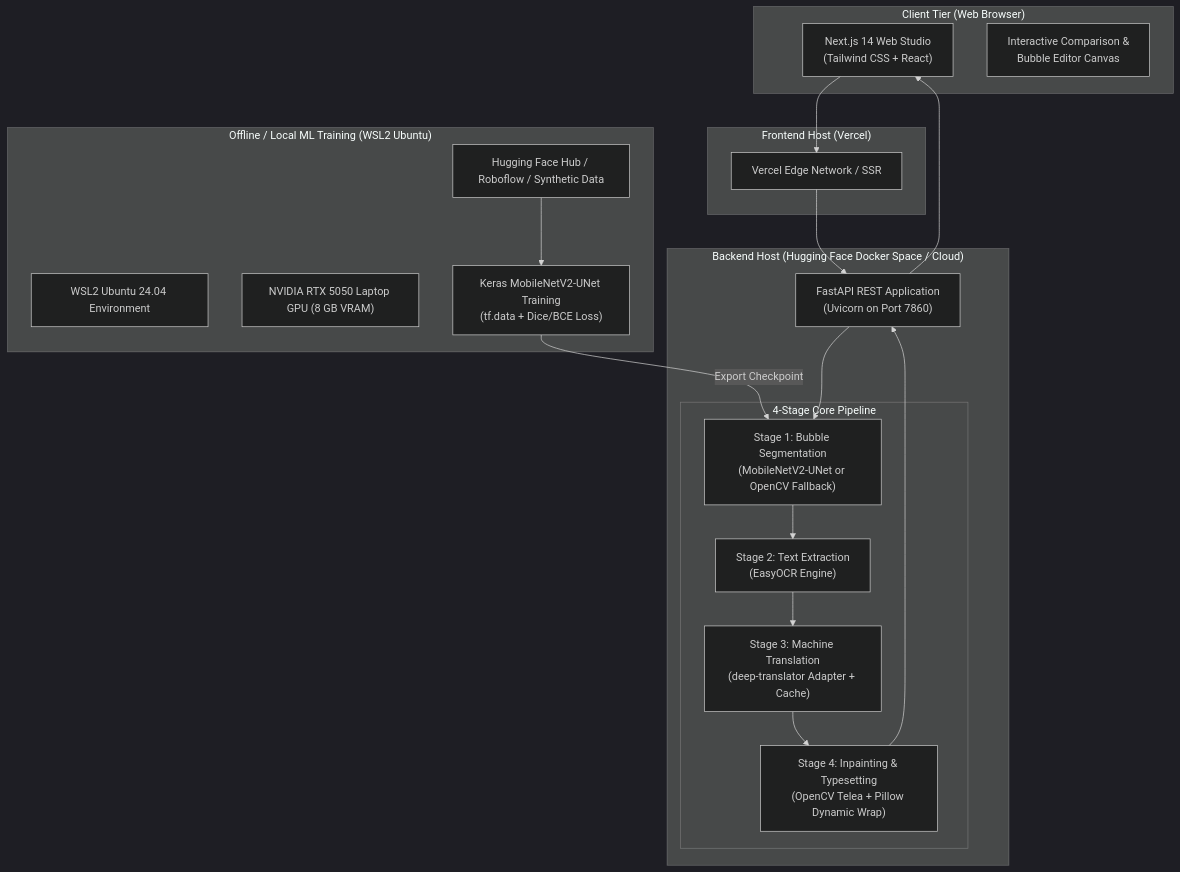
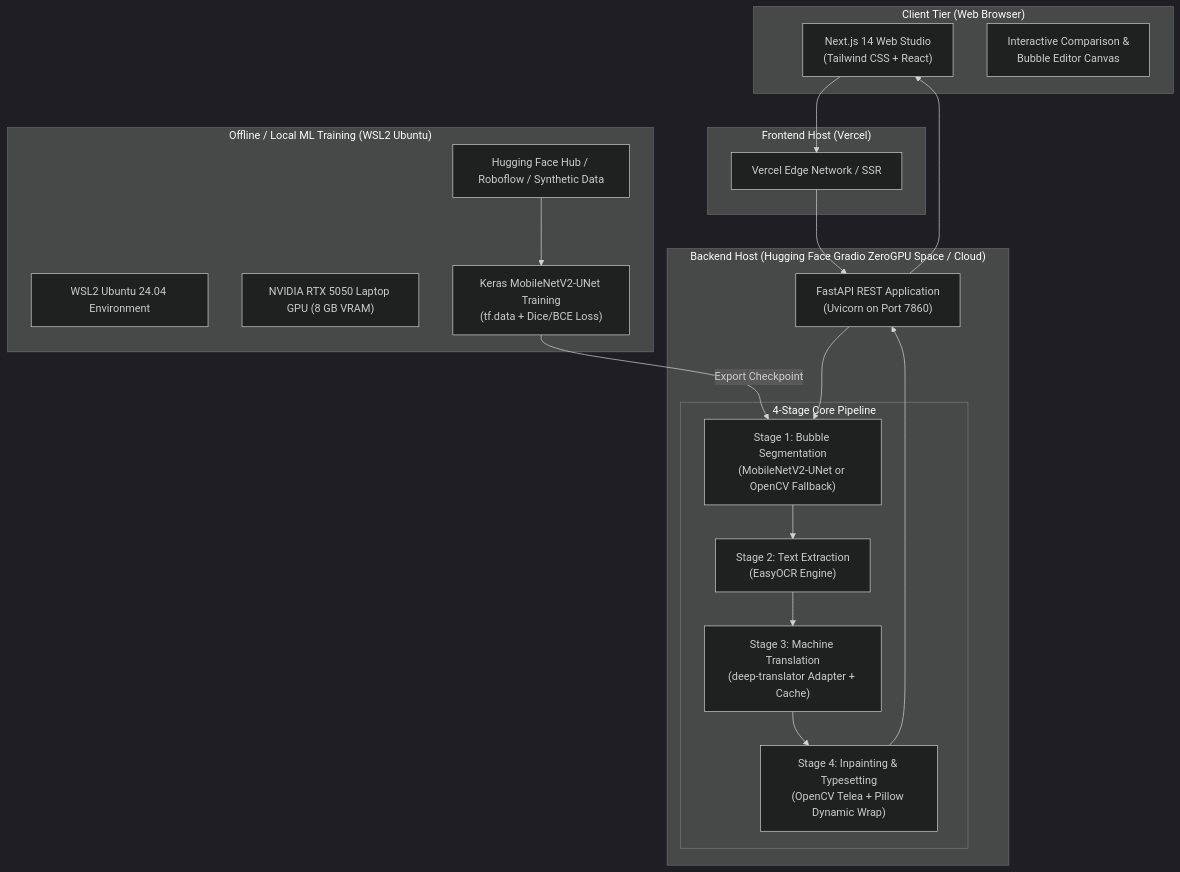
One commit to 01mayankk/comictypeset-ai changed the first of 2 diagrams in docs/ARCHITECTURE.md. Above: the diagram before and after it, drawn with Mermaid (dark theme). The commit also changed other lines of this file and 7 other files, not shown here.

Commit message:
Adapt Hugging Face backend for Gradio ZeroGPU

````diff
--- a/docs/ARCHITECTURE.md
+++ b/docs/ARCHITECTURE.md
@@ -7,41 +7,41 @@
 ```mermaid
 flowchart TB
     subgraph Client["Client Tier (Web Browser)"]
         UI["Next.js 14 Web Studio<br/>(Tailwind CSS + React)"]
         Canvas["Interactive Comparison &<br/>Bubble Editor Canvas"]
     end
 
     subgraph FrontendHosting["Frontend Host (Vercel)"]
         Edge["Vercel Edge Network / SSR"]
     end
 
-    subgraph BackendHost["Backend Host (Hugging Face Docker Space / Cloud)"]
+    subgraph BackendHost["Backend Host (Hugging Face Gradio ZeroGPU Space / Cloud)"]
         API["FastAPI REST Application<br/>(Uvicorn on Port 7860)"]
         
         subgraph Pipeline["4-Stage Core Pipeline"]
             S1["Stage 1: Bubble Segmentation<br/>(MobileNetV2-UNet or OpenCV Fallback)"]
             S2["Stage 2: Text Extraction<br/>(EasyOCR Engine)"]
             S3["Stage 3: Machine Translation<br/>(deep-translator Adapter + Cache)"]
             S4["Stage 4: Inpainting & Typesetting<br/>(OpenCV Telea + Pillow Dynamic Wrap)"]
         end
     end
 
     subgraph OfflineTraining["Offline / Local ML Training (WSL2 Ubuntu)"]
         WSL["WSL2 Ubuntu 24.04 Environment"]
         GPU["NVIDIA RTX 5050 Laptop GPU (8 GB VRAM)"]
         TrainLoop["Keras MobileNetV2-UNet Training<br/>(tf.data + Dice/BCE Loss)"]
         DataSources["Hugging Face Hub / Roboflow / Synthetic Data"]
     end
 
     UI --> Edge
     Edge --> API
     API --> S1
     S1 --> S2
     S2 --> S3
     S3 --> S4
     S4 --> API
     API --> UI
 
     DataSources --> TrainLoop
     TrainLoop -->|Export Checkpoint| S1
 ```
````
